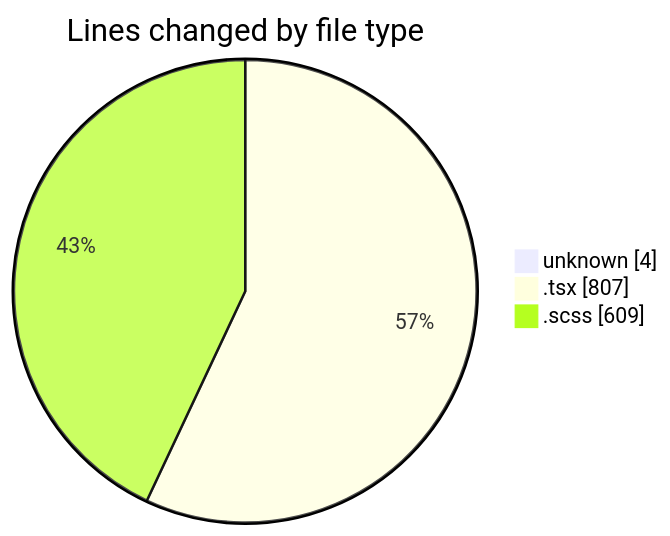
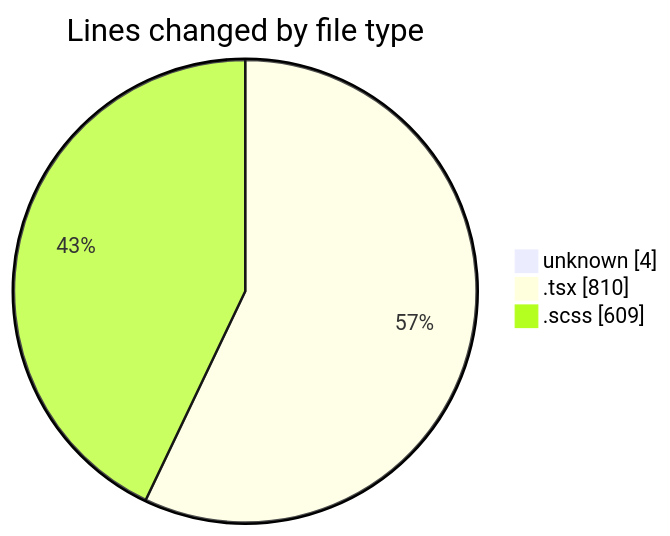
One commit to momahboobian/code-tracking changed the first of 2 diagrams in 2025-02-14/cda/README.md. Above: the diagram before and after it, drawn with Mermaid. The commit also changed other lines of this file and 1 other file, not shown here.

````diff
--- a/2025-02-14/cda/README.md
+++ b/2025-02-14/cda/README.md
@@ -27,7 +27,7 @@
 ```mermaid
 pie showData
 title Lines changed by file type
 "unknown" : 4
-".tsx" : 807
+".tsx" : 810
 ".scss" : 609
 ```
````
